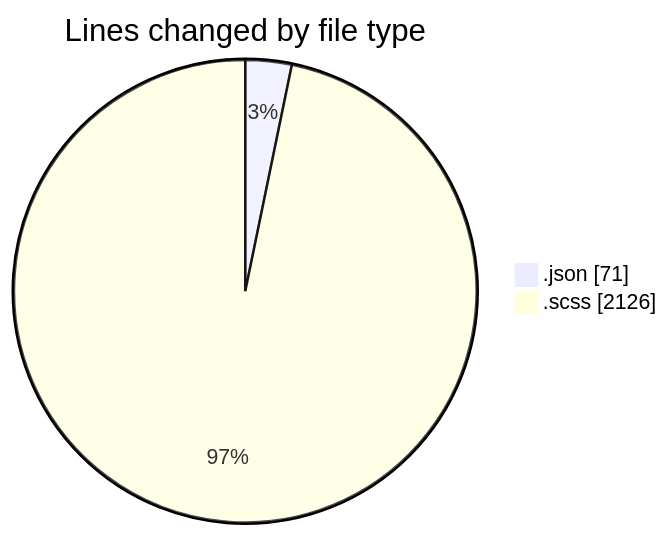
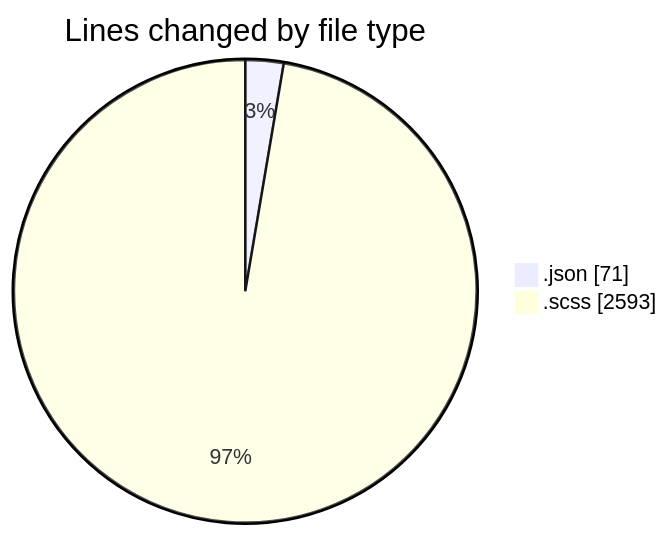
One commit to momahboobian/code-tracking changed the first of 2 diagrams in 2026-01-22/cda/README.md. Above: the diagram before and after it, drawn with Mermaid. The commit also changed other lines of this file and 1 other file, not shown here.

````diff
--- a/2026-01-22/cda/README.md
+++ b/2026-01-22/cda/README.md
@@ -34,6 +36,6 @@
 ```mermaid
 pie showData
 title Lines changed by file type
 ".json" : 71
-".scss" : 2126
+".scss" : 2593
 ```
````
